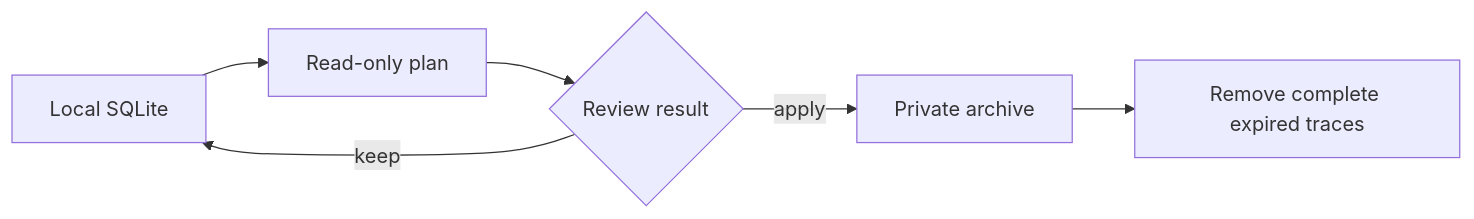
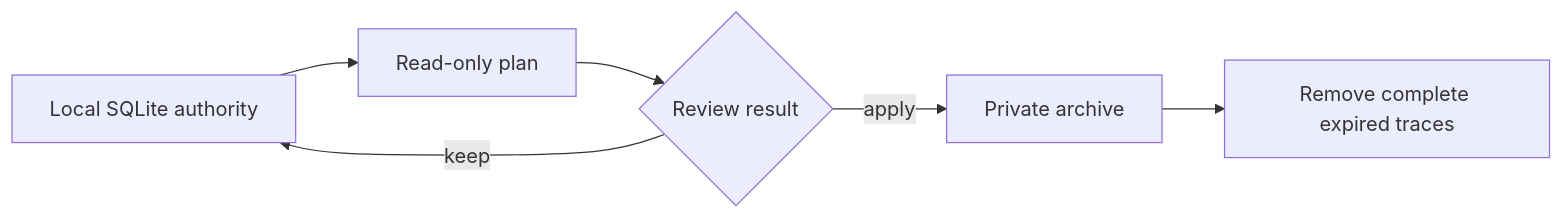
Before and after one commit to MCprotein/agent-observability: the second of 2 diagrams in README.md, drawn with Mermaid. The commit also changed other lines of this file and 25 other files, not shown here.

````diff
--- a/README.md
+++ b/README.md
@@ -236,8 +258,8 @@
 ```mermaid
 flowchart LR
-    A["Local SQLite"] --> B["Read-only plan"]
+    A["Local SQLite authority"] --> B["Read-only plan"]
     B --> C{"Review result"}
     C -->|keep| A
     C -->|apply| D["Private archive"]
     D --> E["Remove complete expired traces"]
 ```
````
